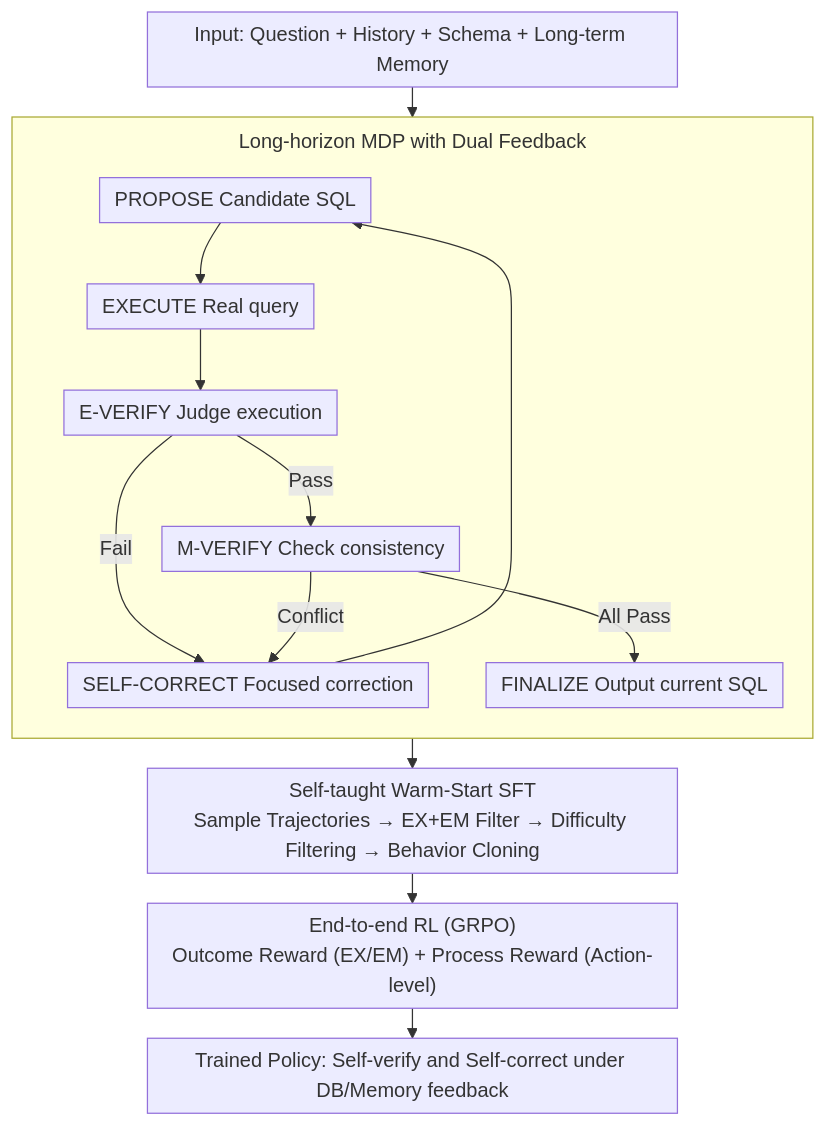
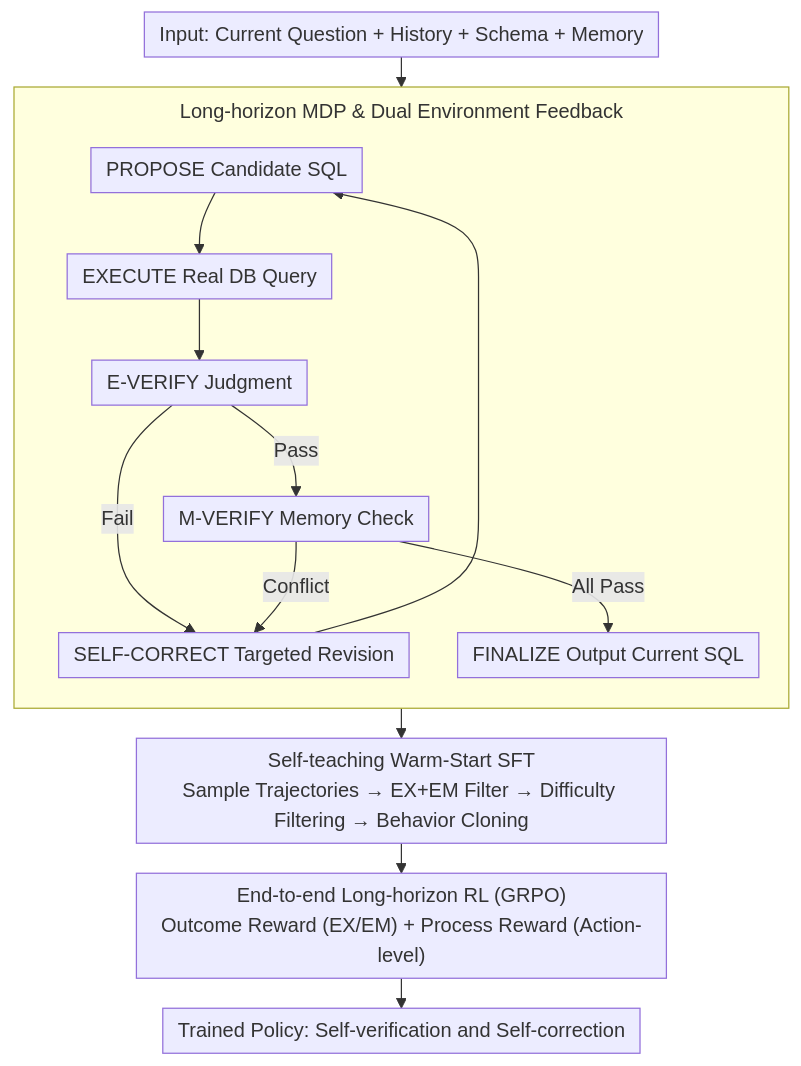
The diagram in docs/ACL2026/nlp_understanding/mtsql-r1_towards_long-horizon_multi-turn_text-to-sql_via_agentic_training.md (zhaoyang97/Paper-Notes-en), drawn with Mermaid before and after one commit. The commit also changed other lines of this file and 5084 other files, not shown here.

````diff
--- a/docs/ACL2026/nlp_understanding/mtsql-r1_towards_long-horizon_multi-turn_text-to-sql_via_agentic_training.md
+++ b/docs/ACL2026/nlp_understanding/mtsql-r1_towards_long-horizon_multi-turn_text-to-sql_via_agentic_training.md
@@ -53,19 +53,19 @@
 ```mermaid
 %%{init: {'flowchart': {'rankSpacing': 24, 'nodeSpacing': 28, 'padding': 6, 'wrappingWidth': 400, 'subGraphTitleMargin': {'top': 8, 'bottom': 16}}}}%%
 flowchart TD
-    IN["Input: Question + History + Schema + Long-term Memory"]
-    subgraph MDP["Long-horizon MDP with Dual Feedback"]
+    IN["Input: Current Question + History + Schema + Memory"]
+    subgraph MDP["Long-horizon MDP & Dual Environment Feedback"]
         direction TB
-        P["PROPOSE Candidate SQL"] --> E["EXECUTE Real query"]
-        E --> EV["E-VERIFY Judge execution"]
-        EV -->|Pass| MV["M-VERIFY Check consistency"]
-        EV -->|Fail| SC["SELF-CORRECT Focused correction"]
+        P["PROPOSE Candidate SQL"] --> E["EXECUTE Real DB Query"]
+        E --> EV["E-VERIFY Judgment"]
+        EV -->|Pass| MV["M-VERIFY Memory Check"]
+        EV -->|Fail| SC["SELF-CORRECT Targeted Revision"]
         MV -->|Conflict| SC
         SC --> P
-        MV -->|All Pass| FN["FINALIZE Output current SQL"]
+        MV -->|All Pass| FN["FINALIZE Output Current SQL"]
     end
     IN --> MDP
-    MDP --> SFT["Self-taught Warm-Start SFT<br/>Sample Trajectories → EX+EM Filter → Difficulty Filtering → Behavior Cloning"]
-    SFT --> RL["End-to-end RL (GRPO)<br/>Outcome Reward (EX/EM) + Process Reward (Action-level)"]
-    RL --> OUT["Trained Policy: Self-verify and Self-correct under DB/Memory feedback"]
+    MDP --> SFT["Self-teaching Warm-Start SFT<br/>Sample Trajectories → EX+EM Filter → Difficulty Filtering → Behavior Cloning"]
+    SFT --> RL["End-to-end Long-horizon RL (GRPO)<br/>Outcome Reward (EX/EM) + Process Reward (Action-level)"]
+    RL --> OUT["Trained Policy: Self-verification and Self-correction"]
 ```
````
